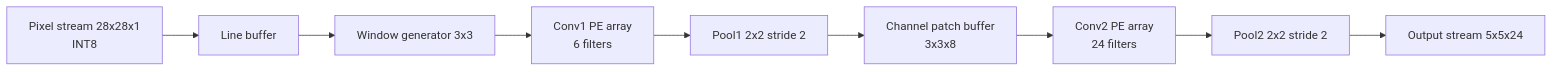
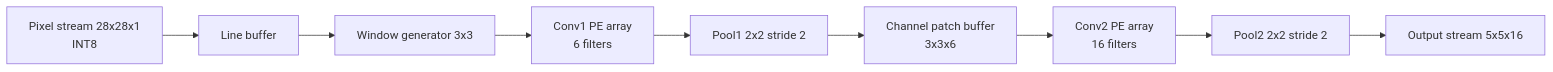
One commit to ThaoVVPTIT/Group4 changed the first of 4 diagrams in README.md. Above: the diagram before and after it, drawn with Mermaid. The commit also changed other lines of this file and 1 other file, not shown here.

````diff
--- a/README.md
+++ b/README.md
@@ -42,11 +55,11 @@
-```mermaid
-flowchart LR
-    IN[Pixel stream 28x28x1\nINT8] --> LB[Line buffer]
-    LB --> WG[Window generator 3x3]
-    WG --> C1[Conv1 PE array\n6 filters]
-    C1 --> P1[Pool1 2x2 stride 2]
-    P1 --> CPB[Channel patch buffer\n3x3x8]
-    CPB --> C2[Conv2 PE array\n24 filters]
-    C2 --> P2[Pool2 2x2 stride 2]
-    P2 --> OUT[Output stream 5x5x24]
-```
+   ```mermaid
+   flowchart LR
+      IN[Pixel stream 28x28x1\nINT8] --> LB[Line buffer]
+      LB --> WG[Window generator 3x3]
+      WG --> C1[Conv1 PE array\n6 filters]
+      C1 --> P1[Pool1 2x2 stride 2]
+      P1 --> CPB[Channel patch buffer\n3x3x6]
+      CPB --> C2[Conv2 PE array\n16 filters]
+      C2 --> P2[Pool2 2x2 stride 2]
+      P2 --> OUT[Output stream 5x5x16]
+   ```
````
